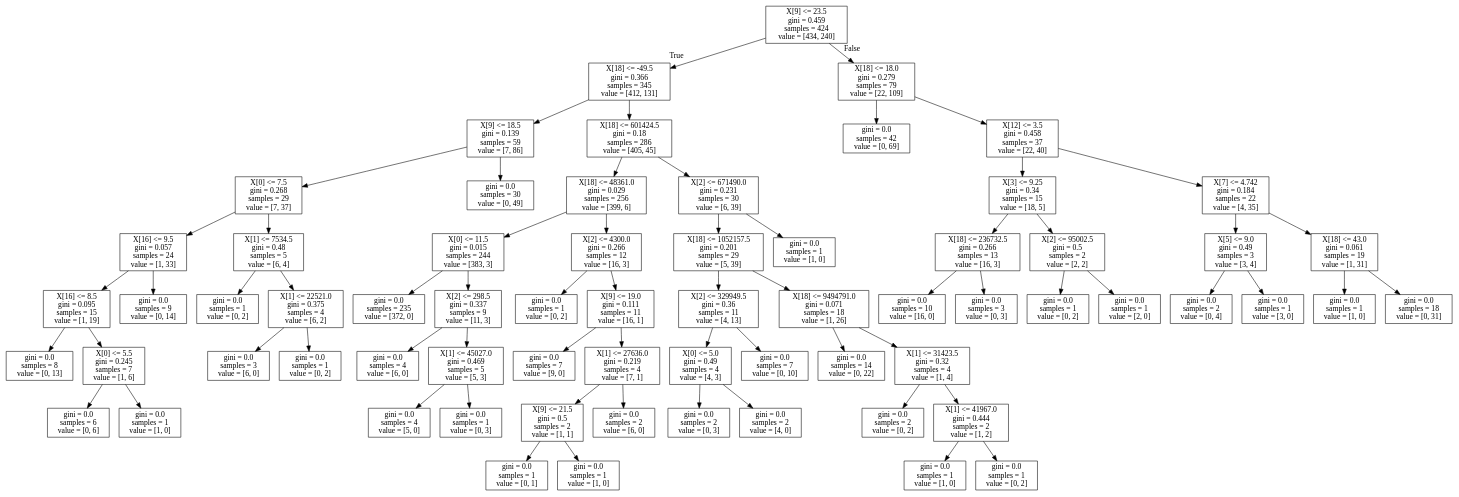
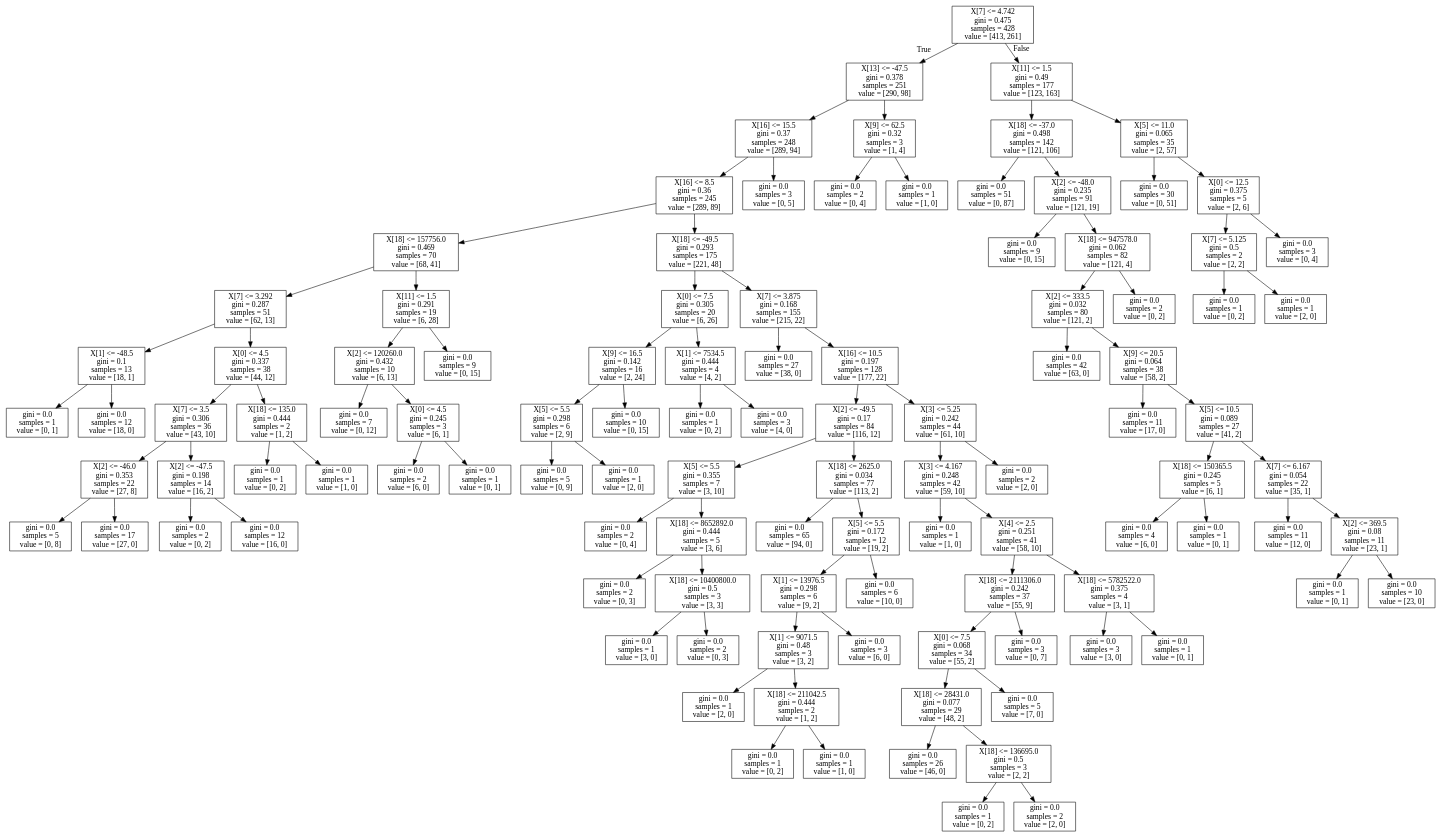
One commit to Nilesh1989/Gopher changed the diagram in src/ml/using_API/tree.dot. Above: the diagram before and after it, drawn with Graphviz. The commit also changed 1 other file, not shown here.

```diff
--- a/src/ml/using_API/tree.dot
+++ b/src/ml/using_API/tree.dot
@@ -1,136 +1,216 @@
 digraph Tree {
 node [shape=box] ;
-0 [label="X[9] <= 23.5\ngini = 0.459\nsamples = 424\nvalue = [434, 240]"] ;
-1 [label="X[18] <= -49.5\ngini = 0.366\nsamples = 345\nvalue = [412, 131]"] ;
+0 [label="X[7] <= 4.742\ngini = 0.475\nsamples = 428\nvalue = [413, 261]"] ;
+1 [label="X[13] <= -47.5\ngini = 0.378\nsamples = 251\nvalue = [290, 98]"] ;
 0 -> 1 [labeldistance=2.5, labelangle=45, headlabel="True"] ;
-2 [label="X[9] <= 18.5\ngini = 0.139\nsamples = 59\nvalue = [7, 86]"] ;
+2 [label="X[16] <= 15.5\ngini = 0.37\nsamples = 248\nvalue = [289, 94]"] ;
 1 -> 2 ;
-3 [label="X[0] <= 7.5\ngini = 0.268\nsamples = 29\nvalue = [7, 37]"] ;
+3 [label="X[16] <= 8.5\ngini = 0.36\nsamples = 245\nvalue = [289, 89]"] ;
 2 -> 3 ;
-4 [label="X[16] <= 9.5\ngini = 0.057\nsamples = 24\nvalue = [1, 33]"] ;
+4 [label="X[18] <= 157756.0\ngini = 0.469\nsamples = 70\nvalue = [68, 41]"] ;
 3 -> 4 ;
-5 [label="X[16] <= 8.5\ngini = 0.095\nsamples = 15\nvalue = [1, 19]"] ;
+5 [label="X[7] <= 3.292\ngini = 0.287\nsamples = 51\nvalue = [62, 13]"] ;
 4 -> 5 ;
-6 [label="gini = 0.0\nsamples = 8\nvalue = [0, 13]"] ;
+6 [label="X[1] <= -48.5\ngini = 0.1\nsamples = 13\nvalue = [18, 1]"] ;
 5 -> 6 ;
-7 [label="X[0] <= 5.5\ngini = 0.245\nsamples = 7\nvalue = [1, 6]"] ;
-5 -> 7 ;
-8 [label="gini = 0.0\nsamples = 6\nvalue = [0, 6]"] ;
-7 -> 8 ;
-9 [label="gini = 0.0\nsamples = 1\nvalue = [1, 0]"] ;
-7 -> 9 ;
-10 [label="gini = 0.0\nsamples = 9\nvalue = [0, 14]"] ;
-4 -> 10 ;
-11 [label="X[1] <= 7534.5\ngini = 0.48\nsamples = 5\nvalue = [6, 4]"] ;
-3 -> 11 ;
-12 [label="gini = 0.0\nsamples = 1\nvalue = [0, 2]"] ;
+7 [label="gini = 0.0\nsamples = 1\nvalue = [0, 1]"] ;
+6 -> 7 ;
+8 [label="gini = 0.0\nsamples = 12\nvalue = [18, 0]"] ;
+6 -> 8 ;
+9 [label="X[0] <= 4.5\ngini = 0.337\nsamples = 38\nvalue = [44, 12]"] ;
+5 -> 9 ;
+10 [label="X[7] <= 3.5\ngini = 0.306\nsamples = 36\nvalue = [43, 10]"] ;
+9 -> 10 ;
+11 [label="X[2] <= -46.0\ngini = 0.353\nsamples = 22\nvalue = [27, 8]"] ;
+10 -> 11 ;
+12 [label="gini = 0.0\nsamples = 5\nvalue = [0, 8]"] ;
 11 -> 12 ;
-13 [label="X[1] <= 22521.0\ngini = 0.375\nsamples = 4\nvalue = [6, 2]"] ;
+13 [label="gini = 0.0\nsamples = 17\nvalue = [27, 0]"] ;
 11 -> 13 ;
-14 [label="gini = 0.0\nsamples = 3\nvalue = [6, 0]"] ;
-13 -> 14 ;
-15 [label="gini = 0.0\nsamples = 1\nvalue = [0, 2]"] ;
-13 -> 15 ;
-16 [label="gini = 0.0\nsamples = 30\nvalue = [0, 49]"] ;
-2 -> 16 ;
-17 [label="X[18] <= 601424.5\ngini = 0.18\nsamples = 286\nvalue = [405, 45]"] ;
-1 -> 17 ;
-18 [label="X[18] <= 48361.0\ngini = 0.029\nsamples = 256\nvalue = [399, 6]"] ;
+14 [label="X[2] <= -47.5\ngini = 0.198\nsamples = 14\nvalue = [16, 2]"] ;
+10 -> 14 ;
+15 [label="gini = 0.0\nsamples = 2\nvalue = [0, 2]"] ;
+14 -> 15 ;
+16 [label="gini = 0.0\nsamples = 12\nvalue = [16, 0]"] ;
+14 -> 16 ;
+17 [label="X[18] <= 135.0\ngini = 0.444\nsamples = 2\nvalue = [1, 2]"] ;
+9 -> 17 ;
+18 [label="gini = 0.0\nsamples = 1\nvalue = [0, 2]"] ;
 17 -> 18 ;
-19 [label="X[0] <= 11.5\ngini = 0.015\nsamples = 244\nvalue = [383, 3]"] ;
-18 -> 19 ;
-20 [label="gini = 0.0\nsamples = 235\nvalue = [372, 0]"] ;
-19 -> 20 ;
-21 [label="X[2] <= 298.5\ngini = 0.337\nsamples = 9\nvalue = [11, 3]"] ;
-19 -> 21 ;
-22 [label="gini = 0.0\nsamples = 4\nvalue = [6, 0]"] ;
+19 [label="gini = 0.0\nsamples = 1\nvalue = [1, 0]"] ;
+17 -> 19 ;
+20 [label="X[11] <= 1.5\ngini = 0.291\nsamples = 19\nvalue = [6, 28]"] ;
+4 -> 20 ;
+21 [label="X[2] <= 120260.0\ngini = 0.432\nsamples = 10\nvalue = [6, 13]"] ;
+20 -> 21 ;
+22 [label="gini = 0.0\nsamples = 7\nvalue = [0, 12]"] ;
 21 -> 22 ;
-23 [label="X[1] <= 45027.0\ngini = 0.469\nsamples = 5\nvalue = [5, 3]"] ;
+23 [label="X[0] <= 4.5\ngini = 0.245\nsamples = 3\nvalue = [6, 1]"] ;
 21 -> 23 ;
-24 [label="gini = 0.0\nsamples = 4\nvalue = [5, 0]"] ;
+24 [label="gini = 0.0\nsamples = 2\nvalue = [6, 0]"] ;
 23 -> 24 ;
-25 [label="gini = 0.0\nsamples = 1\nvalue = [0, 3]"] ;
+25 [label="gini = 0.0\nsamples = 1\nvalue = [0, 1]"] ;
 23 -> 25 ;
-26 [label="X[2] <= 4300.0\ngini = 0.266\nsamples = 12\nvalue = [16, 3]"] ;
-18 -> 26 ;
-27 [label="gini = 0.0\nsamples = 1\nvalue = [0, 2]"] ;
-26 -> 27 ;
-28 [label="X[9] <= 19.0\ngini = 0.111\nsamples = 11\nvalue = [16, 1]"] ;
-26 -> 28 ;
-29 [label="gini = 0.0\nsamples = 7\nvalue = [9, 0]"] ;
+26 [label="gini = 0.0\nsamples = 9\nvalue = [0, 15]"] ;
+20 -> 26 ;
+27 [label="X[18] <= -49.5\ngini = 0.293\nsamples = 175\nvalue = [221, 48]"] ;
+3 -> 27 ;
+28 [label="X[0] <= 7.5\ngini = 0.305\nsamples = 20\nvalue = [6, 26]"] ;
+27 -> 28 ;
+29 [label="X[9] <= 16.5\ngini = 0.142\nsamples = 16\nvalue = [2, 24]"] ;
 28 -> 29 ;
-30 [label="X[1] <= 27636.0\ngini = 0.219\nsamples = 4\nvalue = [7, 1]"] ;
-28 -> 30 ;
-31 [label="X[9] <= 21.5\ngini = 0.5\nsamples = 2\nvalue = [1, 1]"] ;
+30 [label="X[5] <= 5.5\ngini = 0.298\nsamples = 6\nvalue = [2, 9]"] ;
+29 -> 30 ;
+31 [label="gini = 0.0\nsamples = 5\nvalue = [0, 9]"] ;
 30 -> 31 ;
-32 [label="gini = 0.0\nsamples = 1\nvalue = [0, 1]"] ;
-31 -> 32 ;
-33 [label="gini = 0.0\nsamples = 1\nvalue = [1, 0]"] ;
-31 -> 33 ;
-34 [label="gini = 0.0\nsamples = 2\nvalue = [6, 0]"] ;
-30 -> 34 ;
-35 [label="X[2] <= 671490.0\ngini = 0.231\nsamples = 30\nvalue = [6, 39]"] ;
-17 -> 35 ;
-36 [label="X[18] <= 1052157.5\ngini = 0.201\nsamples = 29\nvalue = [5, 39]"] ;
-35 -> 36 ;
-37 [label="X[2] <= 329949.5\ngini = 0.36\nsamples = 11\nvalue = [4, 13]"] ;
-36 -> 37 ;
-38 [label="X[0] <= 5.0\ngini = 0.49\nsamples = 4\nvalue = [4, 3]"] ;
+32 [label="gini = 0.0\nsamples = 1\nvalue = [2, 0]"] ;
+30 -> 32 ;
+33 [label="gini = 0.0\nsamples = 10\nvalue = [0, 15]"] ;
+29 -> 33 ;
+34 [label="X[1] <= 7534.5\ngini = 0.444\nsamples = 4\nvalue = [4, 2]"] ;
+28 -> 34 ;
+35 [label="gini = 0.0\nsamples = 1\nvalue = [0, 2]"] ;
+34 -> 35 ;
+36 [label="gini = 0.0\nsamples = 3\nvalue = [4, 0]"] ;
+34 -> 36 ;
+37 [label="X[7] <= 3.875\ngini = 0.168\nsamples = 155\nvalue = [215, 22]"] ;
+27 -> 37 ;
+38 [label="gini = 0.0\nsamples = 27\nvalue = [38, 0]"] ;
 37 -> 38 ;
-39 [label="gini = 0.0\nsamples = 2\nvalue = [0, 3]"] ;
-38 -> 39 ;
-40 [label="gini = 0.0\nsamples = 2\nvalue = [4, 0]"] ;
-38 -> 40 ;
-41 [label="gini = 0.0\nsamples = 7\nvalue = [0, 10]"] ;
-37 -> 41 ;
-42 [label="X[18] <= 9494791.0\ngini = 0.071\nsamples = 18\nvalue = [1, 26]"] ;
-36 -> 42 ;
-43 [label="gini = 0.0\nsamples = 14\nvalue = [0, 22]"] ;
-42 -> 43 ;
-44 [label="X[1] <= 31423.5\ngini = 0.32\nsamples = 4\nvalue = [1, 4]"] ;
-42 -> 44 ;
-45 [label="gini = 0.0\nsamples = 2\nvalue = [0, 2]"] ;
-44 -> 45 ;
-46 [label="X[1] <= 41967.0\ngini = 0.444\nsamples = 2\nvalue = [1, 2]"] ;
-44 -> 46 ;
-47 [label="gini = 0.0\nsamples = 1\nvalue = [1, 0]"] ;
-46 -> 47 ;
-48 [label="gini = 0.0\nsamples = 1\nvalue = [0, 2]"] ;
-46 -> 48 ;
-49 [label="gini = 0.0\nsamples = 1\nvalue = [1, 0]"] ;
-35 -> 49 ;
-50 [label="X[18] <= 18.0\ngini = 0.279\nsamples = 79\nvalue = [22, 109]"] ;
-0 -> 50 [labeldistance=2.5, labelangle=-45, headlabel="False"] ;
-51 [label="gini = 0.0\nsamples = 42\nvalue = [0, 69]"] ;
+39 [label="X[16] <= 10.5\ngini = 0.197\nsamples = 128\nvalue = [177, 22]"] ;
+37 -> 39 ;
+40 [label="X[2] <= -49.5\ngini = 0.17\nsamples = 84\nvalue = [116, 12]"] ;
+39 -> 40 ;
+41 [label="X[5] <= 5.5\ngini = 0.355\nsamples = 7\nvalue = [3, 10]"] ;
+40 -> 41 ;
+42 [label="gini = 0.0\nsamples = 2\nvalue = [0, 4]"] ;
+41 -> 42 ;
+43 [label="X[18] <= 8652892.0\ngini = 0.444\nsamples = 5\nvalue = [3, 6]"] ;
+41 -> 43 ;
+44 [label="gini = 0.0\nsamples = 2\nvalue = [0, 3]"] ;
+43 -> 44 ;
+45 [label="X[18] <= 10400800.0\ngini = 0.5\nsamples = 3\nvalue = [3, 3]"] ;
+43 -> 45 ;
+46 [label="gini = 0.0\nsamples = 1\nvalue = [3, 0]"] ;
+45 -> 46 ;
+47 [label="gini = 0.0\nsamples = 2\nvalue = [0, 3]"] ;
+45 -> 47 ;
+48 [label="X[18] <= 2625.0\ngini = 0.034\nsamples = 77\nvalue = [113, 2]"] ;
+40 -> 48 ;
+49 [label="gini = 0.0\nsamples = 65\nvalue = [94, 0]"] ;
+48 -> 49 ;
+50 [label="X[5] <= 5.5\ngini = 0.172\nsamples = 12\nvalue = [19, 2]"] ;
+48 -> 50 ;
+51 [label="X[1] <= 13976.5\ngini = 0.298\nsamples = 6\nvalue = [9, 2]"] ;
 50 -> 51 ;
-52 [label="X[12] <= 3.5\ngini = 0.458\nsamples = 37\nvalue = [22, 40]"] ;
-50 -> 52 ;
-53 [label="X[3] <= 9.25\ngini = 0.34\nsamples = 15\nvalue = [18, 5]"] ;
+52 [label="X[1] <= 9071.5\ngini = 0.48\nsamples = 3\nvalue = [3, 2]"] ;
+51 -> 52 ;
+53 [label="gini = 0.0\nsamples = 1\nvalue = [2, 0]"] ;
 52 -> 53 ;
-54 [label="X[18] <= 236732.5\ngini = 0.266\nsamples = 13\nvalue = [16, 3]"] ;
-53 -> 54 ;
-55 [label="gini = 0.0\nsamples = 10\nvalue = [16, 0]"] ;
+54 [label="X[18] <= 211042.5\ngini = 0.444\nsamples = 2\nvalue = [1, 2]"] ;
+52 -> 54 ;
+55 [label="gini = 0.0\nsamples = 1\nvalue = [0, 2]"] ;
 54 -> 55 ;
-56 [label="gini = 0.0\nsamples = 3\nvalue = [0, 3]"] ;
+56 [label="gini = 0.0\nsamples = 1\nvalue = [1, 0]"] ;
 54 -> 56 ;
-57 [label="X[2] <= 95002.5\ngini = 0.5\nsamples = 2\nvalue = [2, 2]"] ;
-53 -> 57 ;
-58 [label="gini = 0.0\nsamples = 1\nvalue = [0, 2]"] ;
-57 -> 58 ;
-59 [label="gini = 0.0\nsamples = 1\nvalue = [2, 0]"] ;
-57 -> 59 ;
-60 [label="X[7] <= 4.742\ngini = 0.184\nsamples = 22\nvalue = [4, 35]"] ;
-52 -> 60 ;
-61 [label="X[5] <= 9.0\ngini = 0.49\nsamples = 3\nvalue = [3, 4]"] ;
+57 [label="gini = 0.0\nsamples = 3\nvalue = [6, 0]"] ;
+51 -> 57 ;
+58 [label="gini = 0.0\nsamples = 6\nvalue = [10, 0]"] ;
+50 -> 58 ;
+59 [label="X[3] <= 5.25\ngini = 0.242\nsamples = 44\nvalue = [61, 10]"] ;
+39 -> 59 ;
+60 [label="X[3] <= 4.167\ngini = 0.248\nsamples = 42\nvalue = [59, 10]"] ;
+59 -> 60 ;
+61 [label="gini = 0.0\nsamples = 1\nvalue = [1, 0]"] ;
 60 -> 61 ;
-62 [label="gini = 0.0\nsamples = 2\nvalue = [0, 4]"] ;
-61 -> 62 ;
-63 [label="gini = 0.0\nsamples = 1\nvalue = [3, 0]"] ;
-61 -> 63 ;
-64 [label="X[18] <= 43.0\ngini = 0.061\nsamples = 19\nvalue = [1, 31]"] ;
-60 -> 64 ;
-65 [label="gini = 0.0\nsamples = 1\nvalue = [1, 0]"] ;
+62 [label="X[4] <= 2.5\ngini = 0.251\nsamples = 41\nvalue = [58, 10]"] ;
+60 -> 62 ;
+63 [label="X[18] <= 2111306.0\ngini = 0.242\nsamples = 37\nvalue = [55, 9]"] ;
+62 -> 63 ;
+64 [label="X[0] <= 7.5\ngini = 0.068\nsamples = 34\nvalue = [55, 2]"] ;
+63 -> 64 ;
+65 [label="X[18] <= 28431.0\ngini = 0.077\nsamples = 29\nvalue = [48, 2]"] ;
 64 -> 65 ;
-66 [label="gini = 0.0\nsamples = 18\nvalue = [0, 31]"] ;
-64 -> 66 ;
+66 [label="gini = 0.0\nsamples = 26\nvalue = [46, 0]"] ;
+65 -> 66 ;
+67 [label="X[18] <= 136695.0\ngini = 0.5\nsamples = 3\nvalue = [2, 2]"] ;
+65 -> 67 ;
+68 [label="gini = 0.0\nsamples = 1\nvalue = [0, 2]"] ;
+67 -> 68 ;
+69 [label="gini = 0.0\nsamples = 2\nvalue = [2, 0]"] ;
+67 -> 69 ;
+70 [label="gini = 0.0\nsamples = 5\nvalue = [7, 0]"] ;
+64 -> 70 ;
+71 [label="gini = 0.0\nsamples = 3\nvalue = [0, 7]"] ;
+63 -> 71 ;
+72 [label="X[18] <= 5782522.0\ngini = 0.375\nsamples = 4\nvalue = [3, 1]"] ;
+62 -> 72 ;
+73 [label="gini = 0.0\nsamples = 3\nvalue = [3, 0]"] ;
+72 -> 73 ;
+74 [label="gini = 0.0\nsamples = 1\nvalue = [0, 1]"] ;
+72 -> 74 ;
+75 [label="gini = 0.0\nsamples = 2\nvalue = [2, 0]"] ;
+59 -> 75 ;
+76 [label="gini = 0.0\nsamples = 3\nvalue = [0, 5]"] ;
+2 -> 76 ;
+77 [label="X[9] <= 62.5\ngini = 0.32\nsamples = 3\nvalue = [1, 4]"] ;
+1 -> 77 ;
+78 [label="gini = 0.0\nsamples = 2\nvalue = [0, 4]"] ;
+77 -> 78 ;
+79 [label="gini = 0.0\nsamples = 1\nvalue = [1, 0]"] ;
+77 -> 79 ;
+80 [label="X[11] <= 1.5\ngini = 0.49\nsamples = 177\nvalue = [123, 163]"] ;
+0 -> 80 [labeldistance=2.5, labelangle=-45, headlabel="False"] ;
+81 [label="X[18] <= -37.0\ngini = 0.498\nsamples = 142\nvalue = [121, 106]"] ;
+80 -> 81 ;
+82 [label="gini = 0.0\nsamples = 51\nvalue = [0, 87]"] ;
+81 -> 82 ;
+83 [label="X[2] <= -48.0\ngini = 0.235\nsamples = 91\nvalue = [121, 19]"] ;
+81 -> 83 ;
+84 [label="gini = 0.0\nsamples = 9\nvalue = [0, 15]"] ;
+83 -> 84 ;
+85 [label="X[18] <= 947578.0\ngini = 0.062\nsamples = 82\nvalue = [121, 4]"] ;
+83 -> 85 ;
+86 [label="X[2] <= 333.5\ngini = 0.032\nsamples = 80\nvalue = [121, 2]"] ;
+85 -> 86 ;
+87 [label="gini = 0.0\nsamples = 42\nvalue = [63, 0]"] ;
+86 -> 87 ;
+88 [label="X[9] <= 20.5\ngini = 0.064\nsamples = 38\nvalue = [58, 2]"] ;
+86 -> 88 ;
+89 [label="gini = 0.0\nsamples = 11\nvalue = [17, 0]"] ;
+88 -> 89 ;
+90 [label="X[5] <= 10.5\ngini = 0.089\nsamples = 27\nvalue = [41, 2]"] ;
+88 -> 90 ;
+91 [label="X[18] <= 150365.5\ngini = 0.245\nsamples = 5\nvalue = [6, 1]"] ;
+90 -> 91 ;
+92 [label="gini = 0.0\nsamples = 4\nvalue = [6, 0]"] ;
+91 -> 92 ;
+93 [label="gini = 0.0\nsamples = 1\nvalue = [0, 1]"] ;
+91 -> 93 ;
+94 [label="X[7] <= 6.167\ngini = 0.054\nsamples = 22\nvalue = [35, 1]"] ;
+90 -> 94 ;
+95 [label="gini = 0.0\nsamples = 11\nvalue = [12, 0]"] ;
+94 -> 95 ;
+96 [label="X[2] <= 369.5\ngini = 0.08\nsamples = 11\nvalue = [23, 1]"] ;
+94 -> 96 ;
+97 [label="gini = 0.0\nsamples = 1\nvalue = [0, 1]"] ;
+96 -> 97 ;
+98 [label="gini = 0.0\nsamples = 10\nvalue = [23, 0]"] ;
+96 -> 98 ;
+99 [label="gini = 0.0\nsamples = 2\nvalue = [0, 2]"] ;
+85 -> 99 ;
+100 [label="X[5] <= 11.0\ngini = 0.065\nsamples = 35\nvalue = [2, 57]"] ;
+80 -> 100 ;
+101 [label="gini = 0.0\nsamples = 30\nvalue = [0, 51]"] ;
+100 -> 101 ;
+102 [label="X[0] <= 12.5\ngini = 0.375\nsamples = 5\nvalue = [2, 6]"] ;
+100 -> 102 ;
+103 [label="X[7] <= 5.125\ngini = 0.5\nsamples = 2\nvalue = [2, 2]"] ;
+102 -> 103 ;
+104 [label="gini = 0.0\nsamples = 1\nvalue = [0, 2]"] ;
+103 -> 104 ;
+105 [label="gini = 0.0\nsamples = 1\nvalue = [2, 0]"] ;
+103 -> 105 ;
+106 [label="gini = 0.0\nsamples = 3\nvalue = [0, 4]"] ;
+102 -> 106 ;
 }
```
